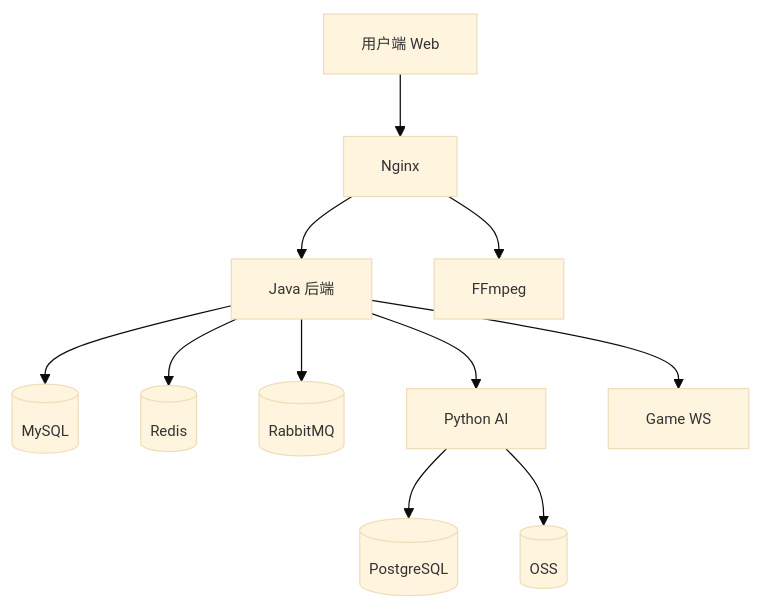
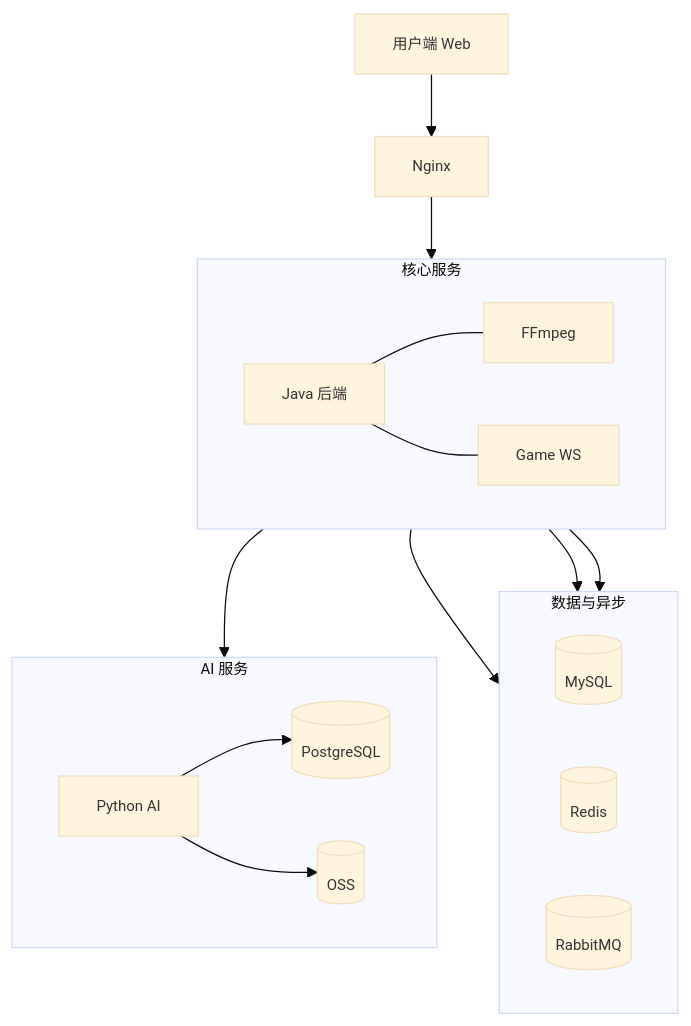
One commit to pluchon/mengmeng_forum changed the second of 23 diagrams in README.md. Above: the diagram before and after it, drawn with Mermaid. The commit also changed other lines of this file, not shown here.

Commit message:
docs: 调整 README 图表布局

````diff
--- a/README.md
+++ b/README.md
@@ -100,14 +95,30 @@
 ```mermaid
 %%{init: {'theme':'base', 'themeVariables': {'fontSize':'12px'}}}%%
 flowchart TD
   U[用户端 Web] --> N[Nginx]
   N --> J[Java 后端]
-  N --> F[FFmpeg]
-  J --> M[(MySQL)]
-  J --> R[(Redis)]
-  J --> Q[(RabbitMQ)]
-  J --> P[Python AI]
-  J --> G[Game WS]
-  P --> PG[(PostgreSQL)]
-  P --> OSS[(OSS)]
+
+  subgraph Core[核心服务]
+    direction LR
+    J --- F[FFmpeg]
+    J --- G[Game WS]
+  end
+
+  subgraph Infrastructure[数据与异步]
+    direction LR
+    M[(MySQL)]
+    R[(Redis)]
+    Q[(RabbitMQ)]
+  end
+
+  subgraph AiService[AI 服务]
+    direction LR
+    P[Python AI] --> PG[(PostgreSQL)]
+    P --> OSS[(OSS)]
+  end
+
+  J --> M
+  J --> R
+  J --> Q
+  J --> P
 ```
````
